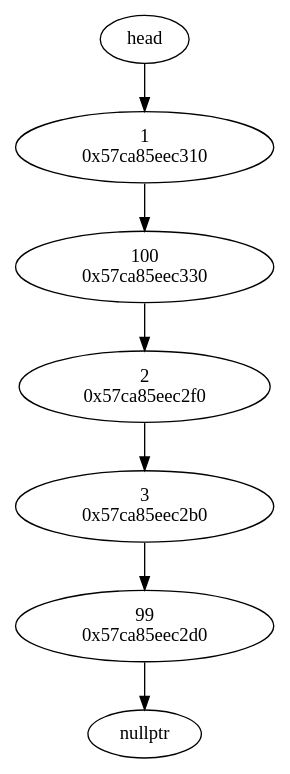
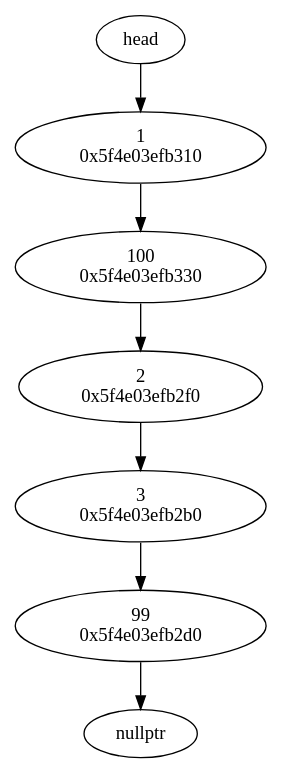
The diagram in src/graphviz/linkedList.dot (HenryD11703/estructuras-de-datos), drawn with Graphviz before and after one commit. The commit also changed 4 other files, not shown here.

Commit message:
Add documentation for linked list and update graph visualization

```diff
--- a/src/graphviz/linkedList.dot
+++ b/src/graphviz/linkedList.dot
@@ -1,15 +1,15 @@
 digraph g {
 Head [label="head"];
 Head -> 1
-1[label="1\n0x57ca85eec310"]
+1[label="1\n0x5f4e03efb310"]
 1->2
-2[label="100\n0x57ca85eec330"]
+2[label="100\n0x5f4e03efb330"]
 2->3
-3[label="2\n0x57ca85eec2f0"]
+3[label="2\n0x5f4e03efb2f0"]
 3->4
-4[label="3\n0x57ca85eec2b0"]
+4[label="3\n0x5f4e03efb2b0"]
 4->5
-5[label="99\n0x57ca85eec2d0"]
+5[label="99\n0x5f4e03efb2d0"]
 5->6
 6[label="nullptr"]
 }
```
